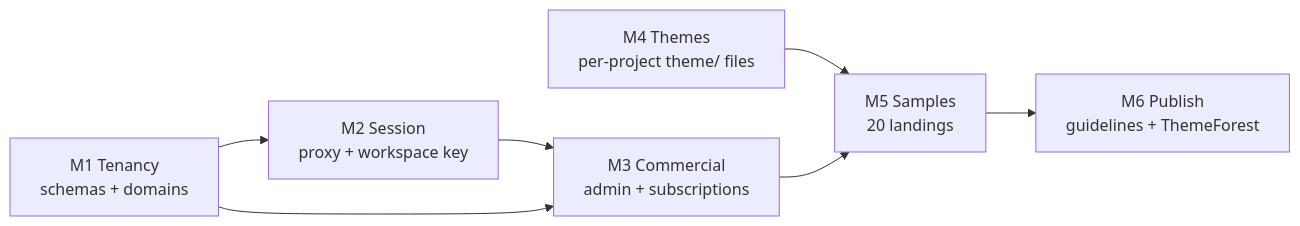
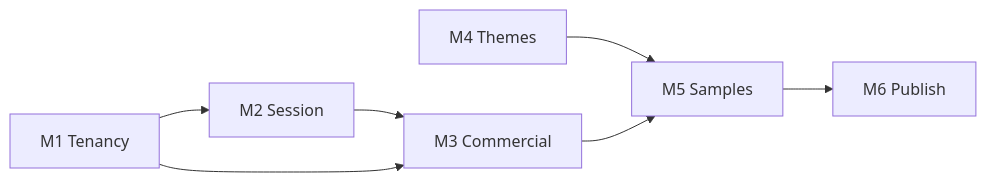
One commit to mammhoud/django-fusion changed the diagram in docs/plans/workspace-crm/README.md. Above: the diagram before and after it, drawn with Mermaid. The commit also changed other lines of this file and 108 other files, not shown here.

````diff
--- a/docs/plans/workspace-crm/README.md
+++ b/docs/plans/workspace-crm/README.md
@@ -39,9 +33,9 @@
 ```mermaid
 graph LR
-    M1["M1 Tenancy<br/>schemas + domains"] --> M2["M2 Session<br/>proxy + workspace key"]
-    M2 --> M3["M3 Commercial<br/>admin + subscriptions"]
+    M1["M1 Tenancy"] --> M2["M2 Session"]
+    M2 --> M3["M3 Commercial"]
     M1 --> M3
-    M4["M4 Themes<br/>per-project theme/ files"] --> M5["M5 Samples<br/>20 landings"]
-    M5 --> M6["M6 Publish<br/>guidelines + ThemeForest"]
+    M4["M4 Themes"] --> M5["M5 Samples"]
+    M5 --> M6["M6 Publish"]
     M3 --> M5
 ```
````
